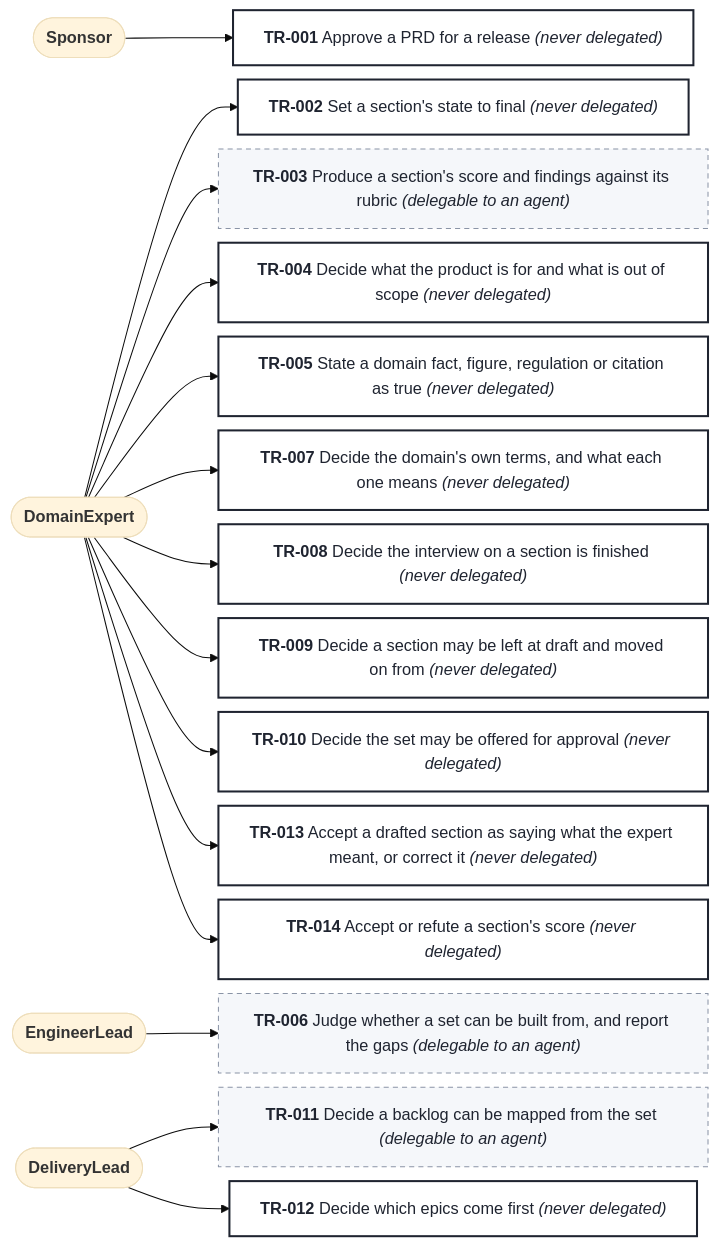
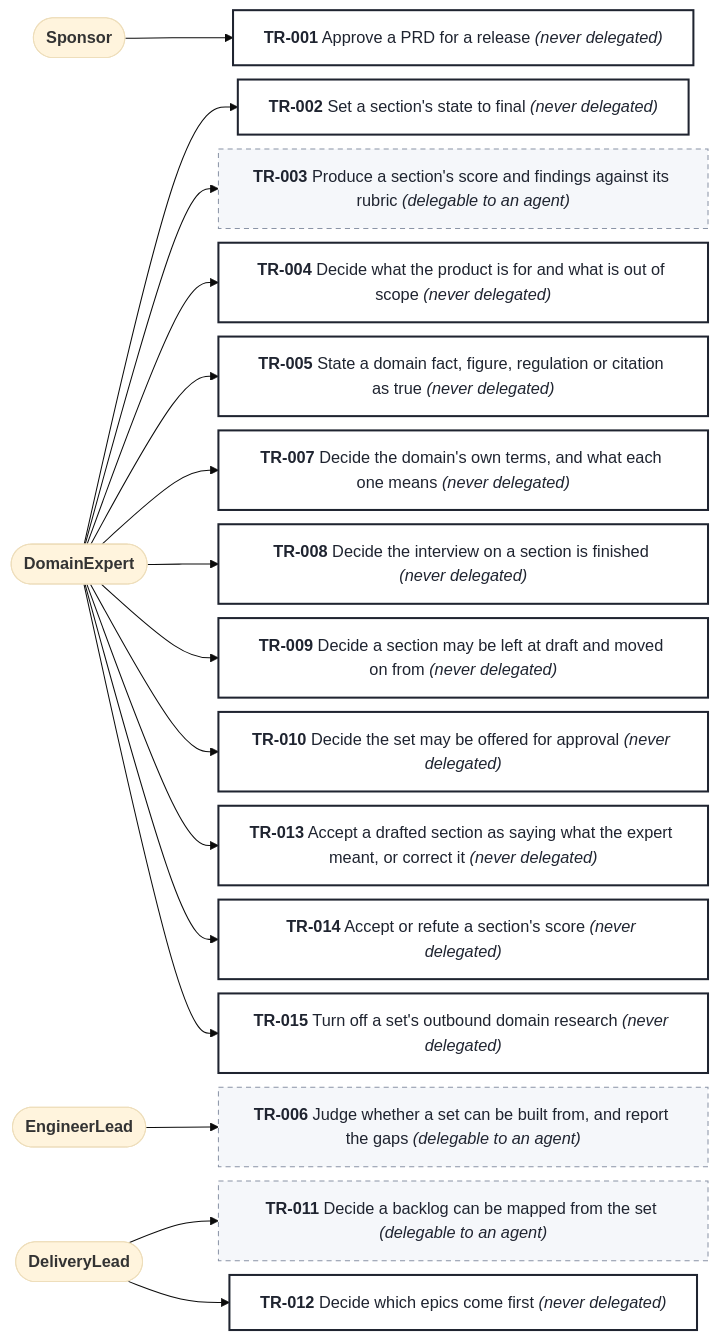
The diagram in docs/prd/prd-forge/diagrams/decision-rights.mmd (SpillwaveSolutions/prd-forge), drawn with Mermaid (base theme) before and after one commit. The commit also changed 36 other files, not shown here.

```diff
--- a/docs/prd/prd-forge/diagrams/decision-rights.mmd
+++ b/docs/prd/prd-forge/diagrams/decision-rights.mmd
@@ -1,52 +1,55 @@
 %% Generated by prd-diagrams.mjs from the decision rights front matter. Do not edit.
 %%{init: {"flowchart": {"wrappingWidth": 420, "nodeSpacing": 14, "rankSpacing": 70}}}%%
 flowchart LR
   APER003(["<b>Sponsor</b>"])
   APER001(["<b>DomainExpert</b>"])
   APER002(["<b>EngineerLead</b>"])
   APER004(["<b>DeliveryLead</b>"])
   DTR001["<b>TR-001</b> Approve a PRD for a release <i>(never delegated)</i>"]
   APER003 --> DTR001
   DTR002["<b>TR-002</b> Set a section's state to final <i>(never delegated)</i>"]
   APER001 --> DTR002
   DTR003["<b>TR-003</b> Produce a section's score and findings against its rubric <i>(delegable to an agent)</i>"]
   APER001 --> DTR003
   DTR004["<b>TR-004</b> Decide what the product is for and what is out of scope <i>(never delegated)</i>"]
   APER001 --> DTR004
   DTR005["<b>TR-005</b> State a domain fact, figure, regulation or citation as true <i>(never delegated)</i>"]
   APER001 --> DTR005
   DTR006["<b>TR-006</b> Judge whether a set can be built from, and report the gaps <i>(delegable to an agent)</i>"]
   APER002 --> DTR006
   DTR007["<b>TR-007</b> Decide the domain's own terms, and what each one means <i>(never delegated)</i>"]
   APER001 --> DTR007
   DTR008["<b>TR-008</b> Decide the interview on a section is finished <i>(never delegated)</i>"]
   APER001 --> DTR008
   DTR009["<b>TR-009</b> Decide a section may be left at draft and moved on from <i>(never delegated)</i>"]
   APER001 --> DTR009
   DTR010["<b>TR-010</b> Decide the set may be offered for approval <i>(never delegated)</i>"]
   APER001 --> DTR010
   DTR011["<b>TR-011</b> Decide a backlog can be mapped from the set <i>(delegable to an agent)</i>"]
   APER004 --> DTR011
   DTR012["<b>TR-012</b> Decide which epics come first <i>(never delegated)</i>"]
   APER004 --> DTR012
   DTR013["<b>TR-013</b> Accept a drafted section as saying what the expert meant, or correct it <i>(never delegated)</i>"]
   APER001 --> DTR013
   DTR014["<b>TR-014</b> Accept or refute a section's score <i>(never delegated)</i>"]
   APER001 --> DTR014
+  DTR015["<b>TR-015</b> Turn off a set's outbound domain research <i>(never delegated)</i>"]
+  APER001 --> DTR015
   classDef never fill:#FFFFFF,stroke:#1F2430,stroke-width:2px,color:#1F2430
   classDef agent fill:#F5F7FA,stroke:#8A94A6,stroke-dasharray:5 4,color:#1F2430
   classDef person fill:#F5F7FA,stroke:#8A94A6,color:#1F2430
   class DTR001 never
   class DTR002 never
   class DTR003 agent
   class DTR004 never
   class DTR005 never
   class DTR006 agent
   class DTR007 never
   class DTR008 never
   class DTR009 never
   class DTR010 never
   class DTR011 agent
   class DTR012 never
   class DTR013 never
   class DTR014 never
+  class DTR015 never
```
